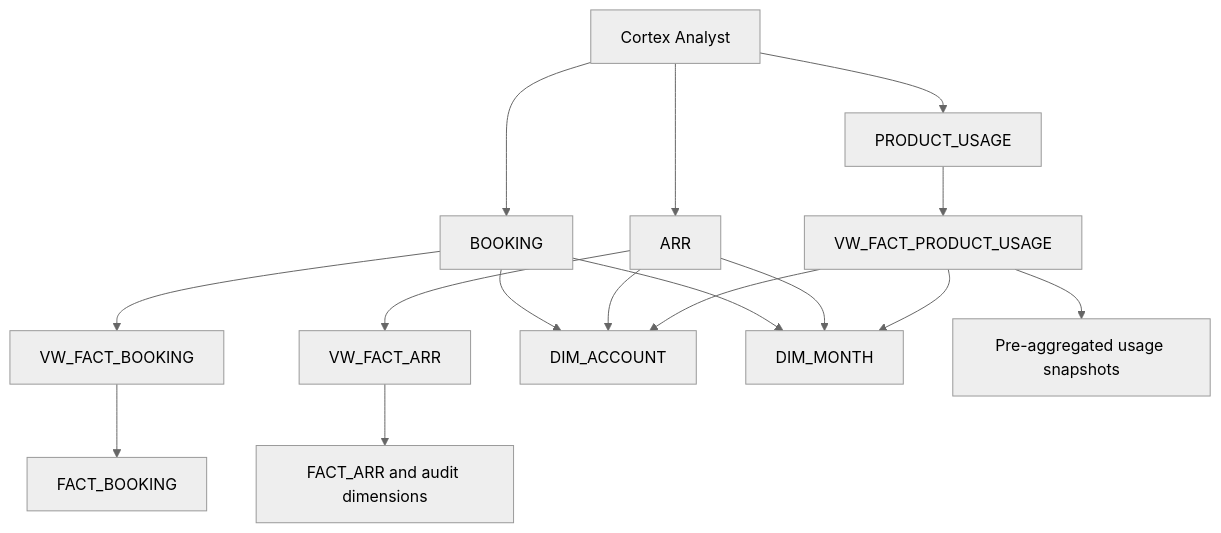
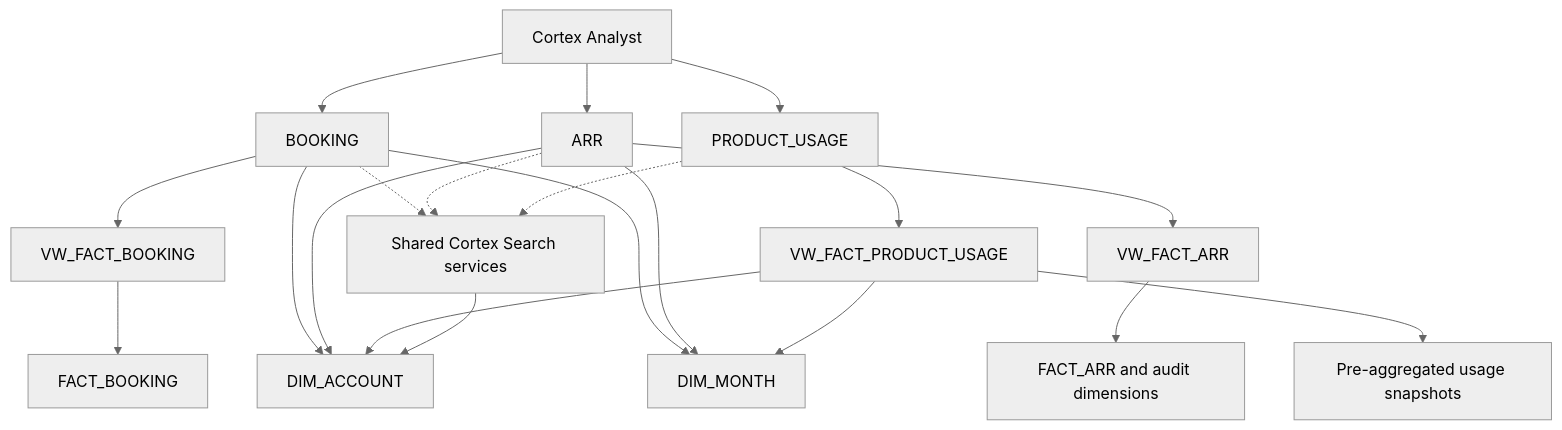
The first of 4 diagrams in semantic_views/README.md (KaterynaD/snowflake-semantic-agent), drawn with Mermaid (neutral theme) before and after one commit. The commit also changed other lines of this file and 6 other files, not shown here.

Commit message:
Cortex Search Service added

````diff
--- a/semantic_views/README.md
+++ b/semantic_views/README.md
@@ -19,19 +15,23 @@
 ```mermaid
 flowchart TD
     CA[Cortex Analyst]
     CA --> B[BOOKING]
     CA --> A[ARR]
     CA --> U[PRODUCT_USAGE]
     B --> BF[VW_FACT_BOOKING]
     A --> AF[VW_FACT_ARR]
     B --> D[DIM_ACCOUNT]
     A --> D
     B --> M[DIM_MONTH]
     A --> M
     U --> UF[VW_FACT_PRODUCT_USAGE]
     UF --> M
     UF --> D
     UF --> P[Pre-aggregated usage snapshots]
     BF --> F[FACT_BOOKING]
     AF --> R[FACT_ARR and audit dimensions]
+    B -.-> CS[Shared Cortex Search services]
+    A -.-> CS
+    U -.-> CS
+    CS --> D
 ```
````
